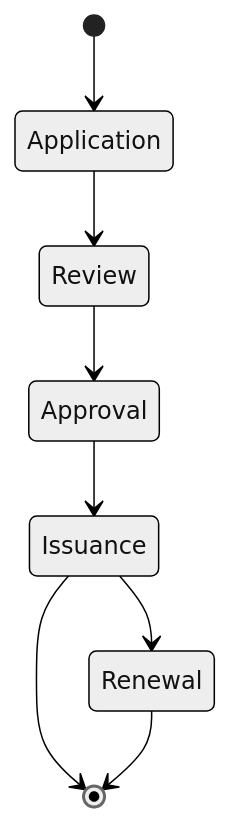
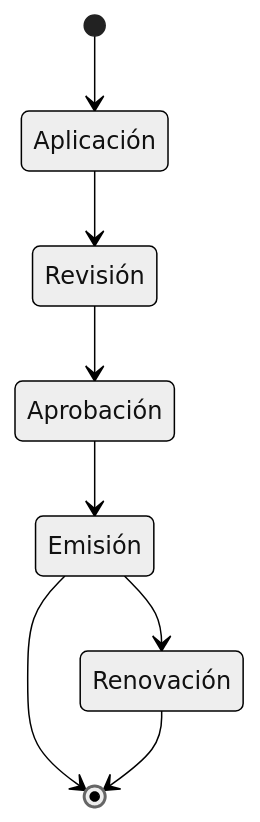
One commit to despiau/mermaid changed the eighth of 10 diagrams in README.md. Above: the diagram before and after it, drawn with Mermaid (neutral theme). The commit also changed other lines of this file, not shown here.

````diff
--- a/README.md
+++ b/README.md
@@ -125,10 +125,10 @@
 ```mermaid
 stateDiagram-v2
-    [*] --> Application
-    Application --> Review
-    Review --> Approval
-    Approval --> Issuance
-    Issuance --> [*]
-    Issuance --> Renewal
-    Renewal --> [*]
+    [*] --> Aplicación
+    Aplicación --> Revisión
+    Revisión --> Aprobación
+    Aprobación --> Emisión
+    Emisión --> [*]
+    Emisión --> Renovación
+    Renovación --> [*]
 ```
````
